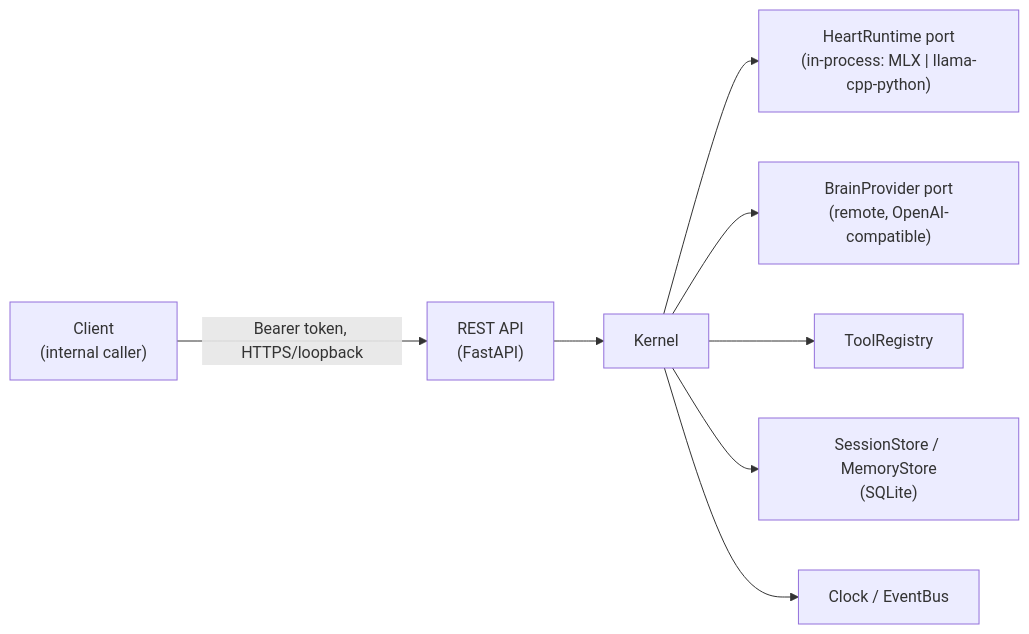
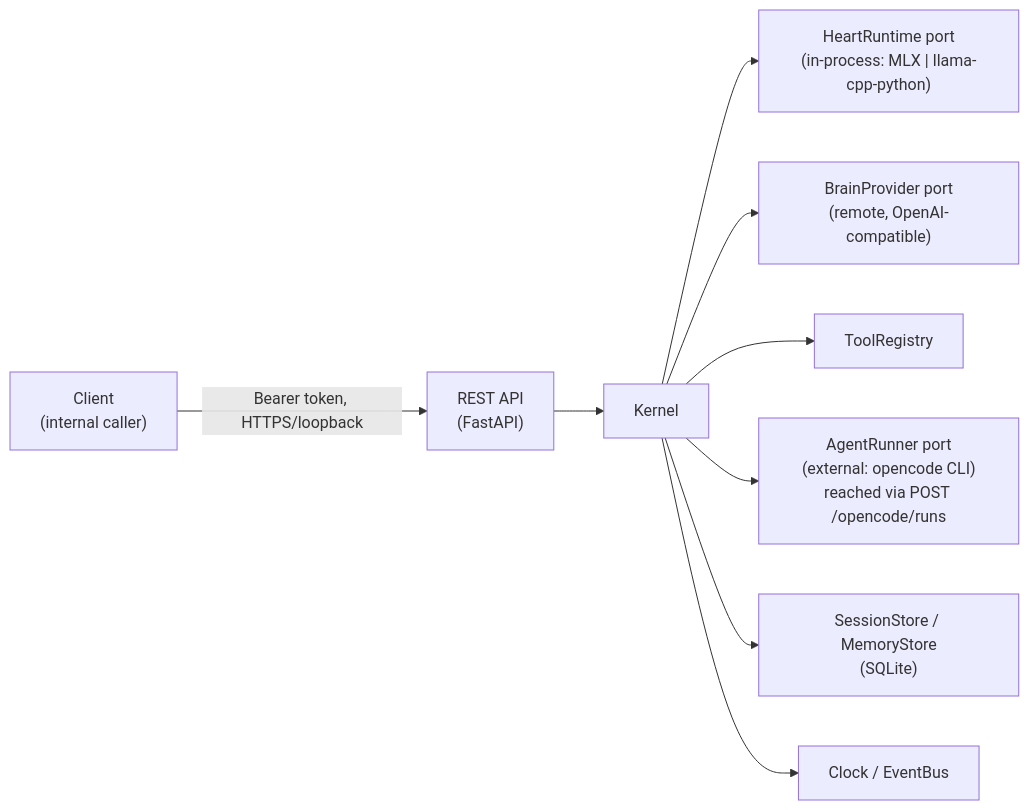
One commit to giacchetta/ansina changed the first of 2 diagrams in docs/architecture/blueprint.md. Above: the diagram before and after it, drawn with Mermaid. The commit also changed other lines of this file and 95 other files, not shown here.

````diff
--- a/docs/architecture/blueprint.md
+++ b/docs/architecture/blueprint.md
@@ -125,10 +126,11 @@
 ```mermaid
 flowchart LR
     Client["Client\n(internal caller)"] -->|Bearer token, HTTPS/loopback| API["REST API\n(FastAPI)"]
     API --> Kernel["Kernel"]
     Kernel --> Heart["HeartRuntime port\n(in-process: MLX | llama-cpp-python)"]
     Kernel --> Brain["BrainProvider port\n(remote, OpenAI-compatible)"]
     Kernel --> Tools["ToolRegistry"]
+    Kernel --> Hands["AgentRunner port\n(external: opencode CLI)\nreached via POST /opencode/runs"]
     Kernel --> Store["SessionStore / MemoryStore\n(SQLite)"]
     Kernel --> Clock["Clock / EventBus"]
 ```
````
